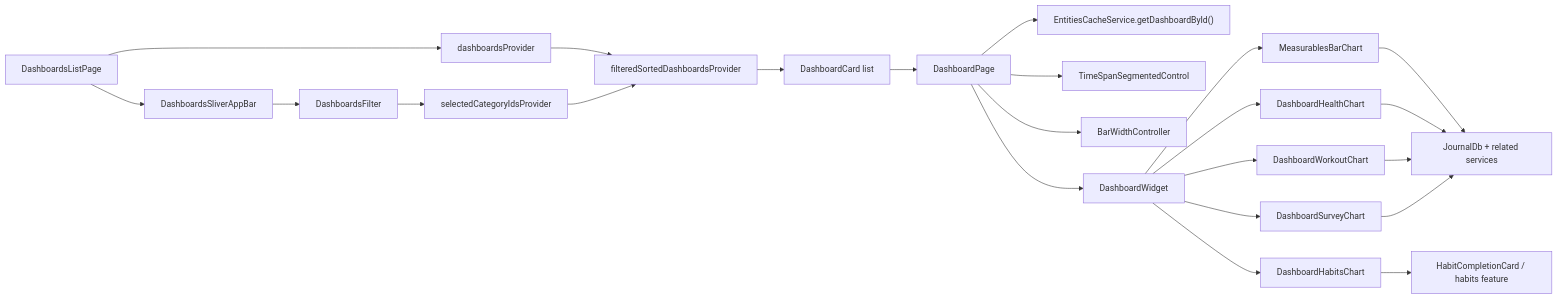
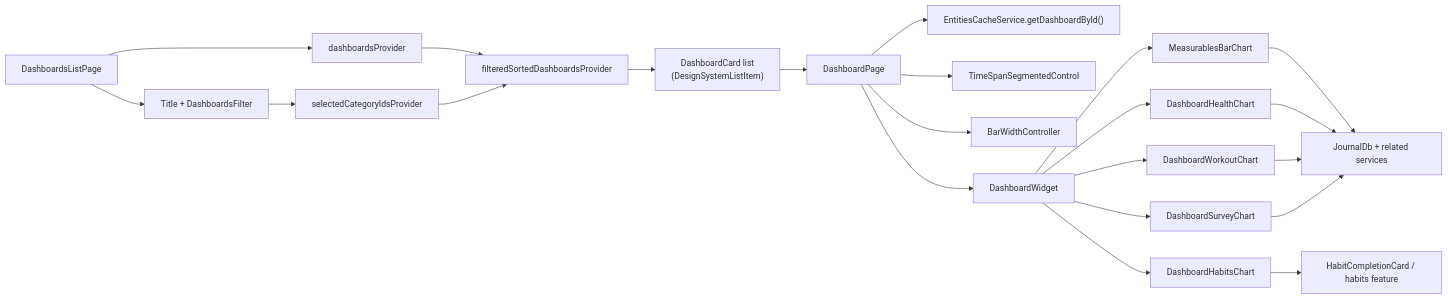
One commit to matthiasn/lotti changed the first of 5 diagrams in lib/features/dashboards/README.md. Above: the diagram before and after it, drawn with Mermaid. The commit also changed other lines of this file and 11 other files, not shown here.

Commit message:
feat: redesign dashboard list page with modern design system

````diff
--- a/lib/features/dashboards/README.md
+++ b/lib/features/dashboards/README.md
@@ -69,28 +69,27 @@
 ```mermaid
 flowchart LR
-  ListPage["DashboardsListPage"] --> AppBar["DashboardsSliverAppBar"]
-  AppBar --> Filter["DashboardsFilter"]
-  Filter --> CategoryState["selectedCategoryIdsProvider"]
+  ListPage["DashboardsListPage"] --> Header["Title + DashboardsFilter"]
+  Header --> CategoryState["selectedCategoryIdsProvider"]
   ListPage --> Dashboards["dashboardsProvider"]
   Dashboards --> Filtered["filteredSortedDashboardsProvider"]
   CategoryState --> Filtered
-  Filtered --> Cards["DashboardCard list"]
+  Filtered --> Cards["DashboardCard list\n(DesignSystemListItem)"]
 
   Cards --> Page["DashboardPage"]
   Page --> Cache["EntitiesCacheService.getDashboardById()"]
   Page --> Span["TimeSpanSegmentedControl"]
   Page --> Scale["BarWidthController"]
   Page --> Widget["DashboardWidget"]
 
   Widget --> Measurement["MeasurablesBarChart"]
   Widget --> Health["DashboardHealthChart"]
   Widget --> Workout["DashboardWorkoutChart"]
   Widget --> Survey["DashboardSurveyChart"]
   Widget --> Habit["DashboardHabitsChart"]
 
   Measurement --> DB["JournalDb + related services"]
   Health --> DB
   Workout --> DB
   Survey --> DB
   Habit --> Habits["HabitCompletionCard / habits feature"]
 ```
````
